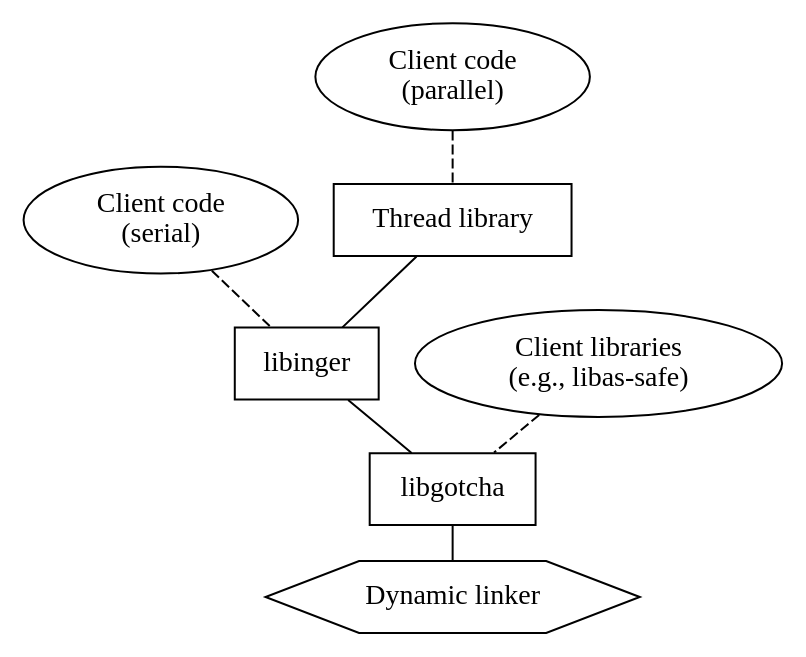
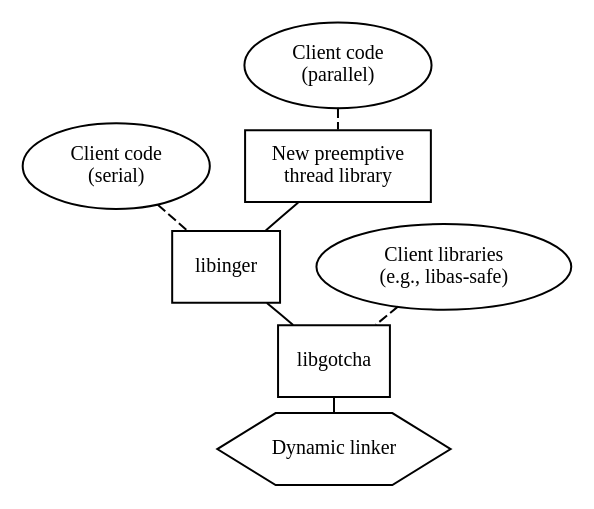
One commit to solb/thesis changed the diagram in figs/architecture.dot. Above: the diagram before and after it, drawn with Graphviz.

Commit message:
figs/architecture.dot: Compact figure

```diff
--- a/figs/architecture.dot
+++ b/figs/architecture.dot
@@ -1,33 +1,36 @@
 strict graph {
-	ranksep=0.25;
+	margin=0;
+	ranksep=0;
+
+	node [fontsize=10,margin=0.05];
 
 	{
 		node [shape=oval];
 
 		serialclient [label="Client code\n(serial)"];
 		parallelclient [label="Client code\n(parallel)"];
 		libassafe [label="Client libraries\n(e.g., libas-safe)"];
 	}
 
 	{
 		node [shape=box];
 
-		threadlib [label="Thread library"];
+		threadlib [label="New preemptive\nthread library"];
 		libinger;
 		libgotcha;
 	}
 
 	rtld [shape=hexagon,label="Dynamic linker"];
 
 	threadlib -- libinger;
 	libinger -- libgotcha;
 	libgotcha -- rtld;
 
 	{
 		edge [style=dashed];
 
 		serialclient -- libinger;
 		parallelclient -- threadlib;
 		libassafe -- libgotcha;
 	}
 }
```
